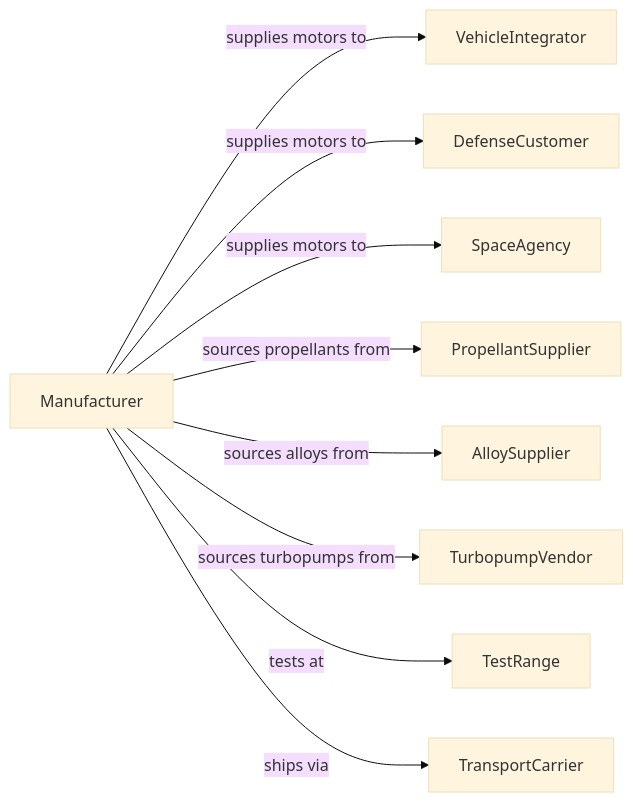
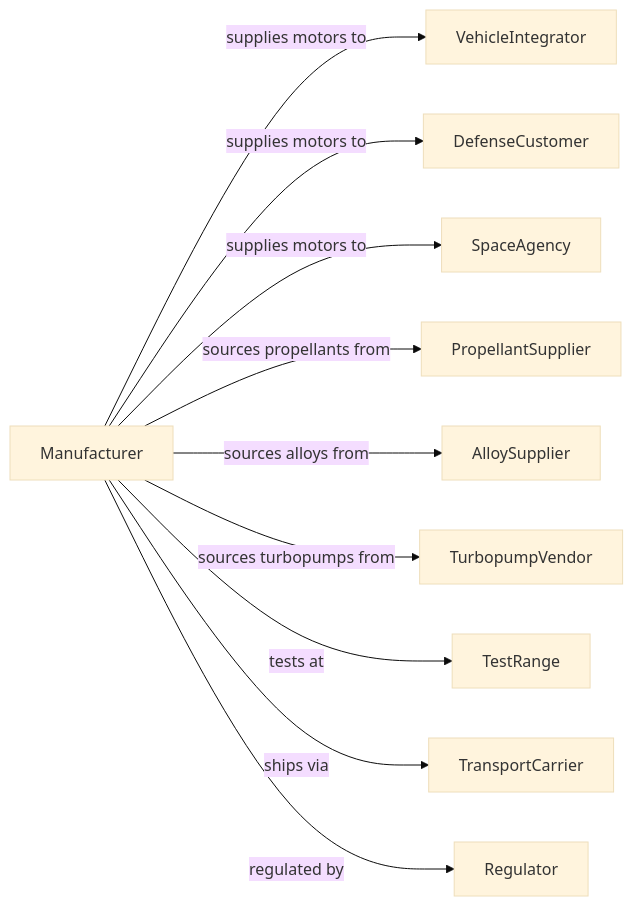
One commit to dot-org-ai/industries.org.ai changed the second of 2 diagrams in Manufacturing/TransportationEquipmentManufacturing/AerospaceProductAndPartsManufacturing/GuidedMissileAndSpaceVehiclePropulsionUnitAndPropulsionUnitPartsManufacturing.mdx. Above: the diagram before and after it, drawn with Mermaid (base theme). The commit also changed other lines of this file and 588 other files, not shown here.

````diff
--- a/Manufacturing/TransportationEquipmentManufacturing/AerospaceProductAndPartsManufacturing/GuidedMissileAndSpaceVehiclePropulsionUnitAndPropulsionUnitPartsManufacturing.mdx
+++ b/Manufacturing/TransportationEquipmentManufacturing/AerospaceProductAndPartsManufacturing/GuidedMissileAndSpaceVehiclePropulsionUnitAndPropulsionUnitPartsManufacturing.mdx
@@ -126,13 +126,14 @@
 ```mermaid
 graph LR
     M[Manufacturer]
 
     M -->|supplies motors to| VehicleIntegrator
     M -->|supplies motors to| DefenseCustomer
     M -->|supplies motors to| SpaceAgency
     M -->|sources propellants from| PropellantSupplier
     M -->|sources alloys from| AlloySupplier
     M -->|sources turbopumps from| TurbopumpVendor
     M -->|tests at| TestRange
     M -->|ships via| TransportCarrier
+    M -->|regulated by| Regulator
 ```
````
